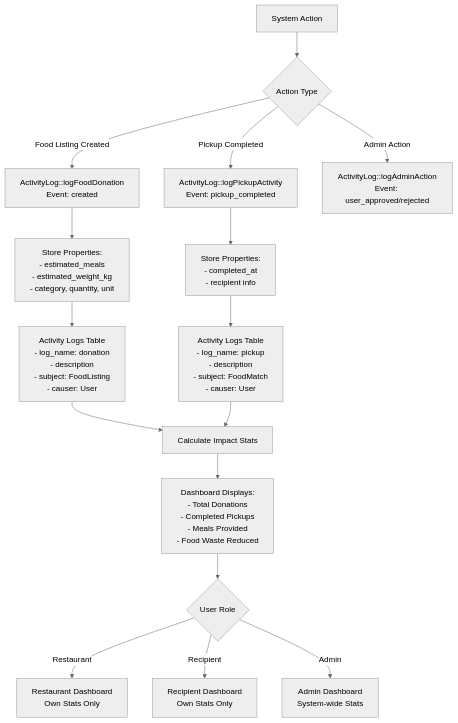
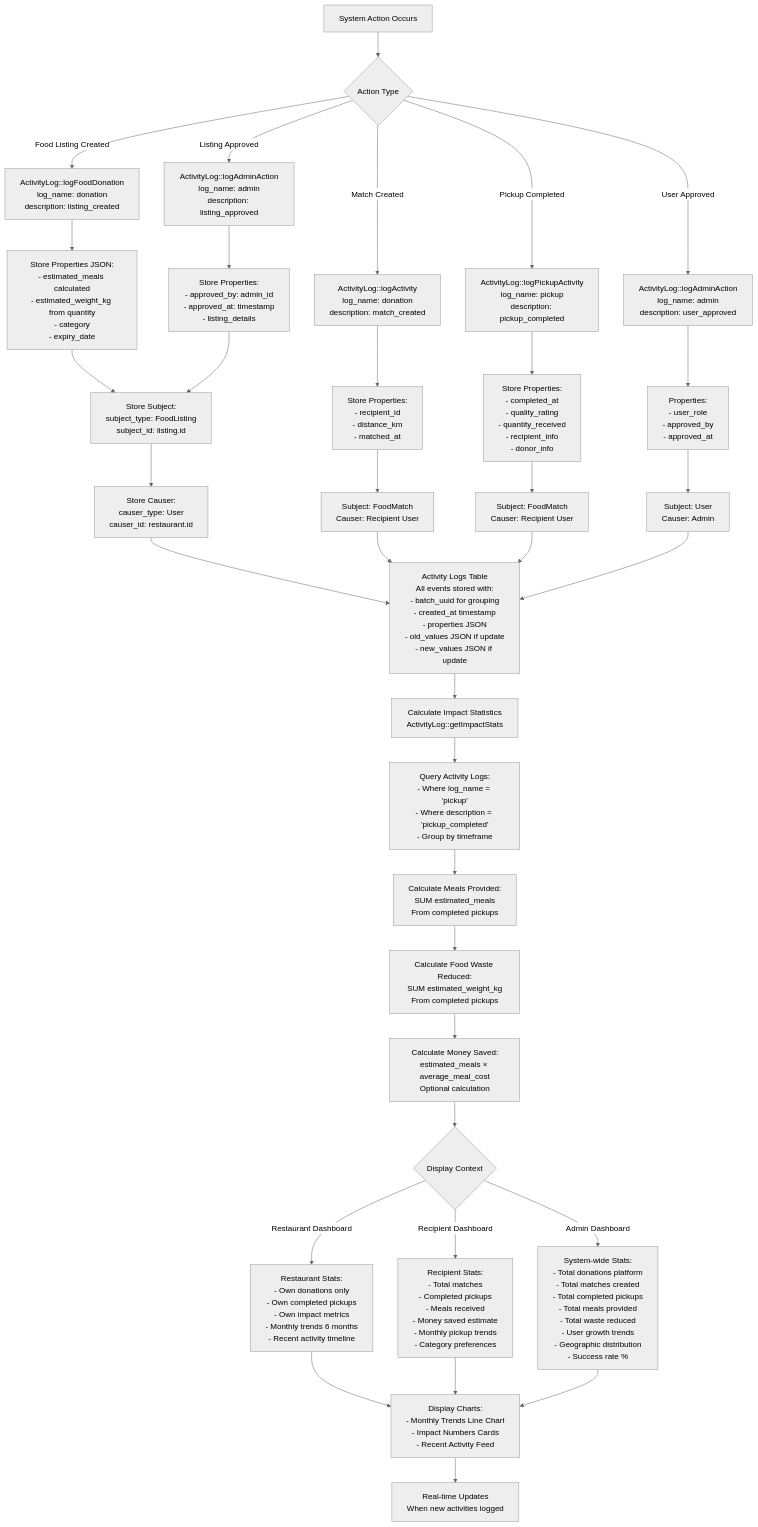
Before and after one commit to haziqfaruqi/MyFoodshare: the seventh of 9 diagrams in SYSTEM_FLOWCHART.md, drawn with Mermaid (neutral theme). The commit also changed other lines of this file and 3 other files, not shown here.

Commit message:
update chart

````diff
--- a/SYSTEM_FLOWCHART.md
+++ b/SYSTEM_FLOWCHART.md
@@ -253,26 +332,50 @@
 ```mermaid
 flowchart TD
-    A[System Action] --> B{Action Type}
+    A[System Action Occurs] --> B{Action Type}
 
-    B -->|Food Listing Created| C[ActivityLog::logFoodDonation<br/>Event: created]
-    C --> D[Store Properties:<br/>- estimated_meals<br/>- estimated_weight_kg<br/>- category, quantity, unit]
+    B -->|Food Listing Created| C[ActivityLog::logFoodDonation<br/>log_name: donation<br/>description: listing_created]
+    C --> D[Store Properties JSON:<br/>- estimated_meals calculated<br/>- estimated_weight_kg from quantity<br/>- category<br/>- expiry_date]
+    D --> E[Store Subject:<br/>subject_type: FoodListing<br/>subject_id: listing.id]
+    E --> F[Store Causer:<br/>causer_type: User<br/>causer_id: restaurant.id]
 
-    B -->|Pickup Completed| E[ActivityLog::logPickupActivity<br/>Event: pickup_completed]
-    E --> F[Store Properties:<br/>- completed_at<br/>- recipient info]
+    B -->|Listing Approved| G[ActivityLog::logAdminAction<br/>log_name: admin<br/>description: listing_approved]
+    G --> H[Store Properties:<br/>- approved_by: admin_id<br/>- approved_at: timestamp<br/>- listing_details]
+    H --> E
 
-    B -->|Admin Action| G[ActivityLog::logAdminAction<br/>Event: user_approved/rejected]
+    B -->|Match Created| I[ActivityLog::logActivity<br/>log_name: donation<br/>description: match_created]
+    I --> J[Store Properties:<br/>- recipient_id<br/>- distance_km<br/>- matched_at]
+    J --> K[Subject: FoodMatch<br/>Causer: Recipient User]
 
-    D --> H[Activity Logs Table<br/>- log_name: donation<br/>- description<br/>- subject: FoodListing<br/>- causer: User]
+    B -->|Pickup Completed| L[ActivityLog::logPickupActivity<br/>log_name: pickup<br/>description: pickup_completed]
+    L --> M[Store Properties:<br/>- completed_at<br/>- quality_rating<br/>- quantity_received<br/>- recipient_info<br/>- donor_info]
+    M --> N[Subject: FoodMatch<br/>Causer: Recipient User]
 
-    F --> I[Activity Logs Table<br/>- log_name: pickup<br/>- description<br/>- subject: FoodMatch<br/>- causer: User]
+    B -->|User Approved| O[ActivityLog::logAdminAction<br/>log_name: admin<br/>description: user_approved]
+    O --> P[Properties:<br/>- user_role<br/>- approved_by<br/>- approved_at]
+    P --> Q[Subject: User<br/>Causer: Admin]
 
-    H --> J[Calculate Impact Stats]
-    I --> J
+    F --> R[Activity Logs Table<br/>All events stored with:<br/>- batch_uuid for grouping<br/>- created_at timestamp<br/>- properties JSON<br/>- old_values JSON if update<br/>- new_values JSON if update]
+    K --> R
+    N --> R
+    Q --> R
 
-    J --> K[Dashboard Displays:<br/>- Total Donations<br/>- Completed Pickups<br/>- Meals Provided<br/>- Food Waste Reduced]
+    R --> S[Calculate Impact Statistics<br/>ActivityLog::getImpactStats]
+    S --> T[Query Activity Logs:<br/>- Where log_name = 'pickup'<br/>- Where description = 'pickup_completed'<br/>- Group by timeframe]
 
-    K --> L{User Role}
-    L -->|Restaurant| M[Restaurant Dashboard<br/>Own Stats Only]
-    L -->|Recipient| N[Recipient Dashboard<br/>Own Stats Only]
-    L -->|Admin| O[Admin Dashboard<br/>System-wide Stats]
+    T --> U[Calculate Meals Provided:<br/>SUM estimated_meals<br/>From completed pickups]
+    U --> V[Calculate Food Waste Reduced:<br/>SUM estimated_weight_kg<br/>From completed pickups]
+    V --> W[Calculate Money Saved:<br/>estimated_meals × average_meal_cost<br/>Optional calculation]
+
+    W --> X{Display Context}
+    X -->|Restaurant Dashboard| Y[Restaurant Stats:<br/>- Own donations only<br/>- Own completed pickups<br/>- Own impact metrics<br/>- Monthly trends 6 months<br/>- Recent activity timeline]
+
+    X -->|Recipient Dashboard| Z[Recipient Stats:<br/>- Total matches<br/>- Completed pickups<br/>- Meals received<br/>- Money saved estimate<br/>- Monthly pickup trends<br/>- Category preferences]
+
+    X -->|Admin Dashboard| AA[System-wide Stats:<br/>- Total donations platform<br/>- Total matches created<br/>- Total completed pickups<br/>- Total meals provided<br/>- Total waste reduced<br/>- User growth trends<br/>- Geographic distribution<br/>- Success rate %]
+
+    Y --> AB[Display Charts:<br/>- Monthly Trends Line Chart<br/>- Impact Numbers Cards<br/>- Recent Activity Feed]
+    Z --> AB
+    AA --> AB
+
+    AB --> AC[Real-time Updates<br/>When new activities logged]
 ```
````
